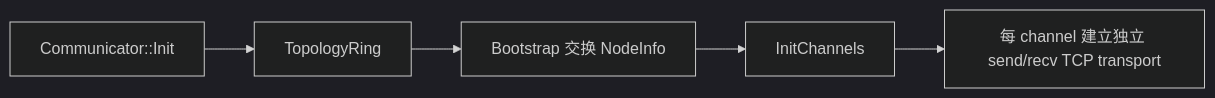
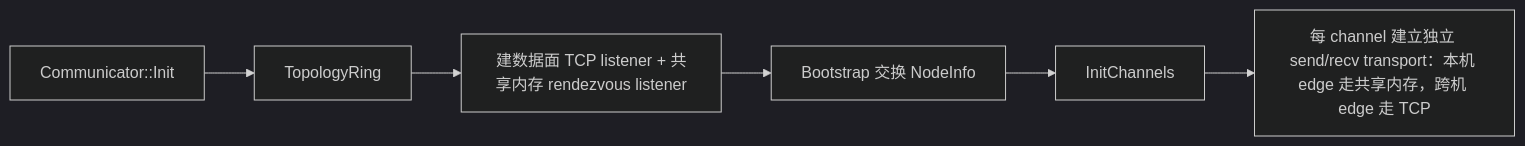
One commit to qichen1336/OriginCCL changed the diagram in docs/layers/communicator.md. Above: the diagram before and after it, drawn with Mermaid (dark theme). The commit also changed other lines of this file and 6 other files, not shown here.

````diff
--- a/docs/layers/communicator.md
+++ b/docs/layers/communicator.md
@@ -9,7 +9,8 @@
 ```mermaid
 flowchart LR
     A[Communicator::Init] --> B[TopologyRing]
-    B --> C[Bootstrap 交换 NodeInfo]
+    B --> L[建数据面 TCP listener + 共享内存 rendezvous listener]
+    L --> C[Bootstrap 交换 NodeInfo]
     C --> D[InitChannels]
-    D --> E[每 channel 建立独立 send/recv TCP transport]
+    D --> E[每 channel 建立独立 send/recv transport：本机 edge 走共享内存，跨机 edge 走 TCP]
 ```
````
